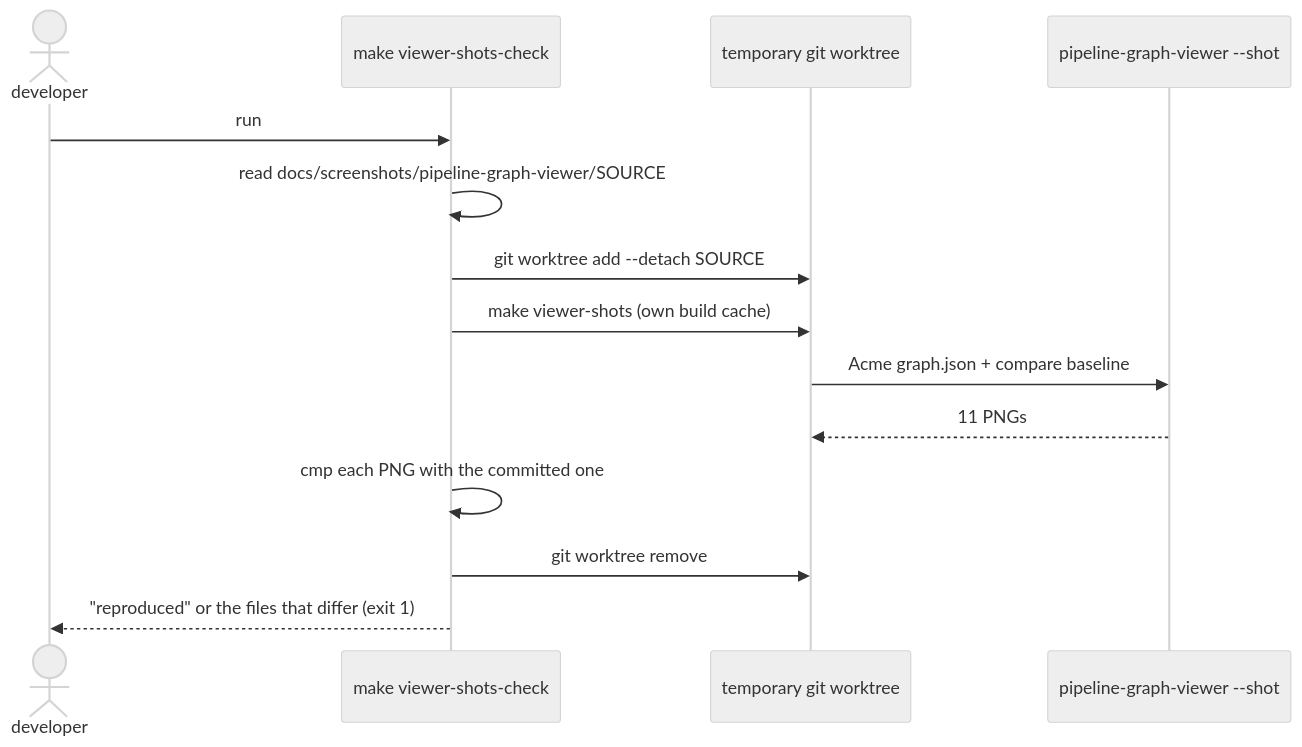
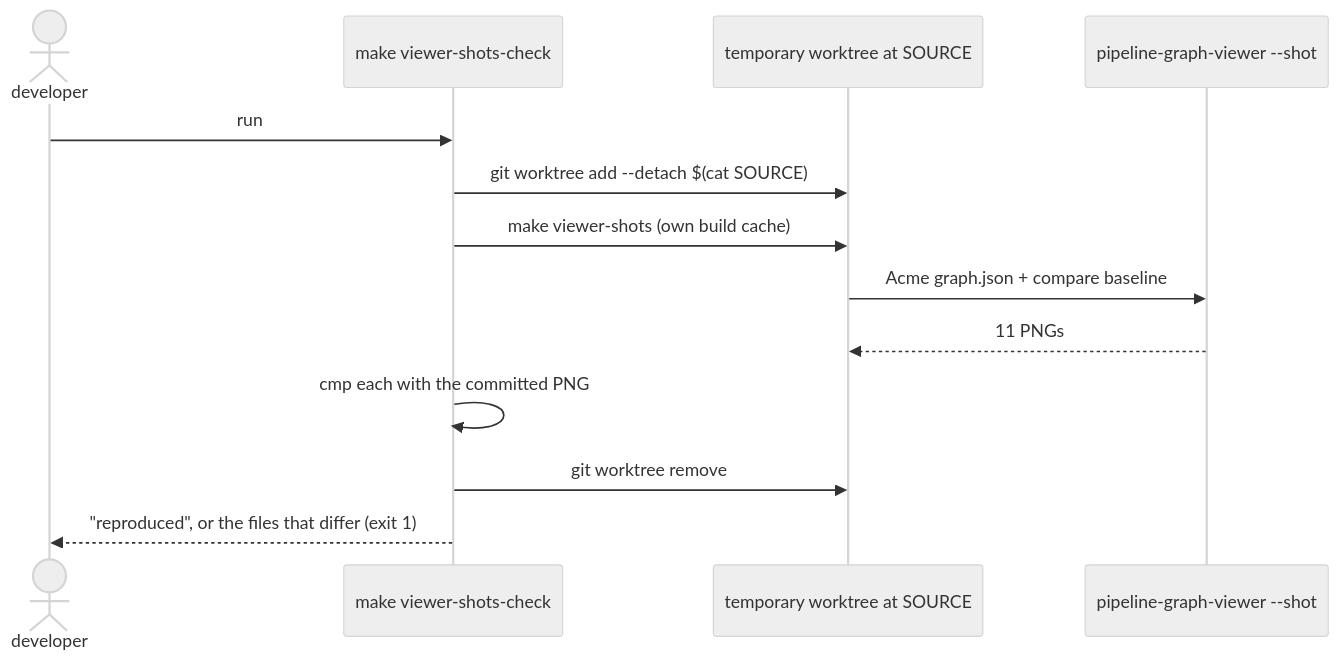
Before and after one commit to Avicted/tools.pipeline-graph: the ninth of 10 diagrams in docs/architecture.md, drawn with Mermaid (neutral theme). The commit also changed other lines of this file, not shown here.

Commit message:
docs(architecture): redraw with trust boundaries, domain model, runtime and CI/CD

````diff
--- a/docs/architecture.md
+++ b/docs/architecture.md
@@ -176,16 +356,15 @@
 ```mermaid
 sequenceDiagram
     actor dev as developer
     participant mk as make viewer-shots-check
-    participant wt as temporary git worktree
+    participant wt as temporary worktree at SOURCE
     participant v as pipeline-graph-viewer --shot
     dev->>mk: run
-    mk->>mk: read docs/screenshots/pipeline-graph-viewer/SOURCE
-    mk->>wt: git worktree add --detach SOURCE
+    mk->>wt: git worktree add --detach $(cat SOURCE)
     mk->>wt: make viewer-shots (own build cache)
     wt->>v: Acme graph.json + compare baseline
     v-->>wt: 11 PNGs
-    mk->>mk: cmp each PNG with the committed one
+    mk->>mk: cmp each with the committed PNG
     mk->>wt: git worktree remove
-    mk-->>dev: "reproduced" or the files that differ (exit 1)
+    mk-->>dev: "reproduced", or the files that differ (exit 1)
 ```
````
